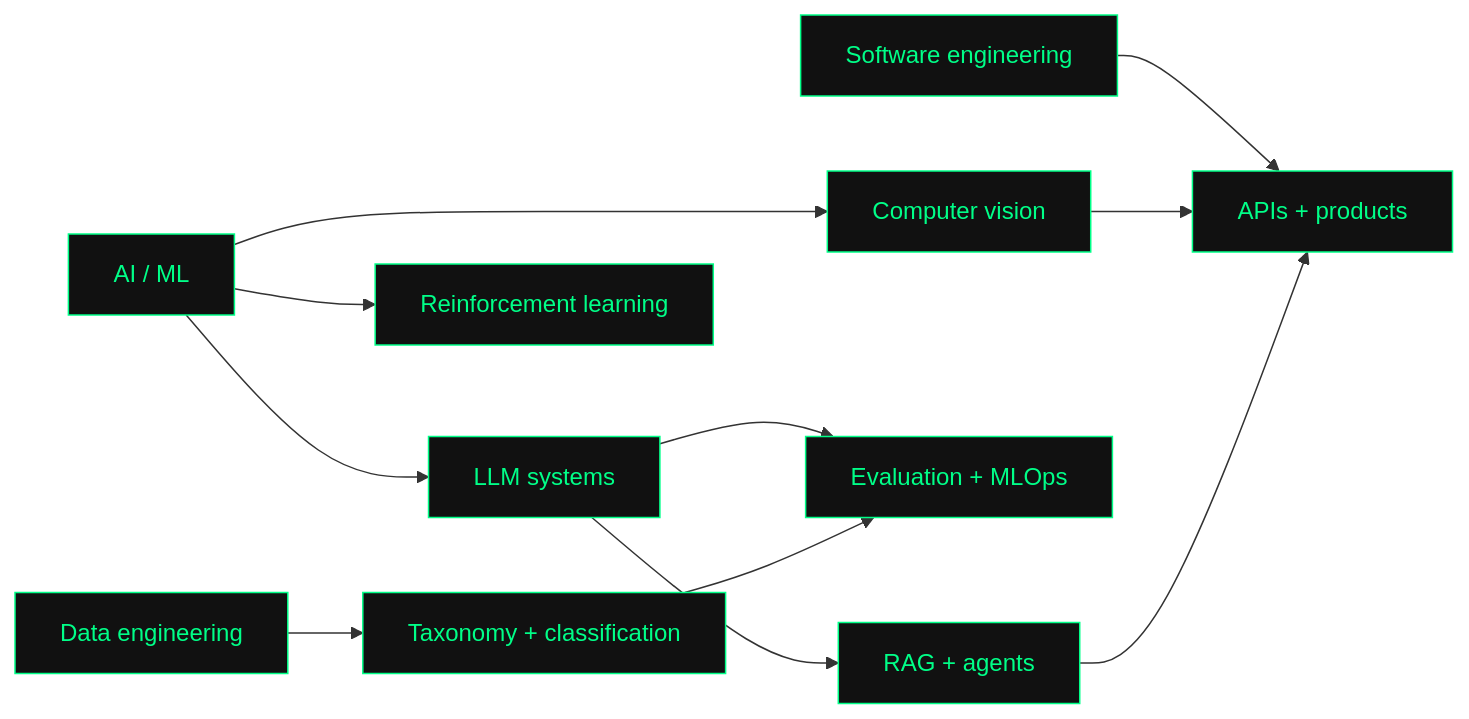
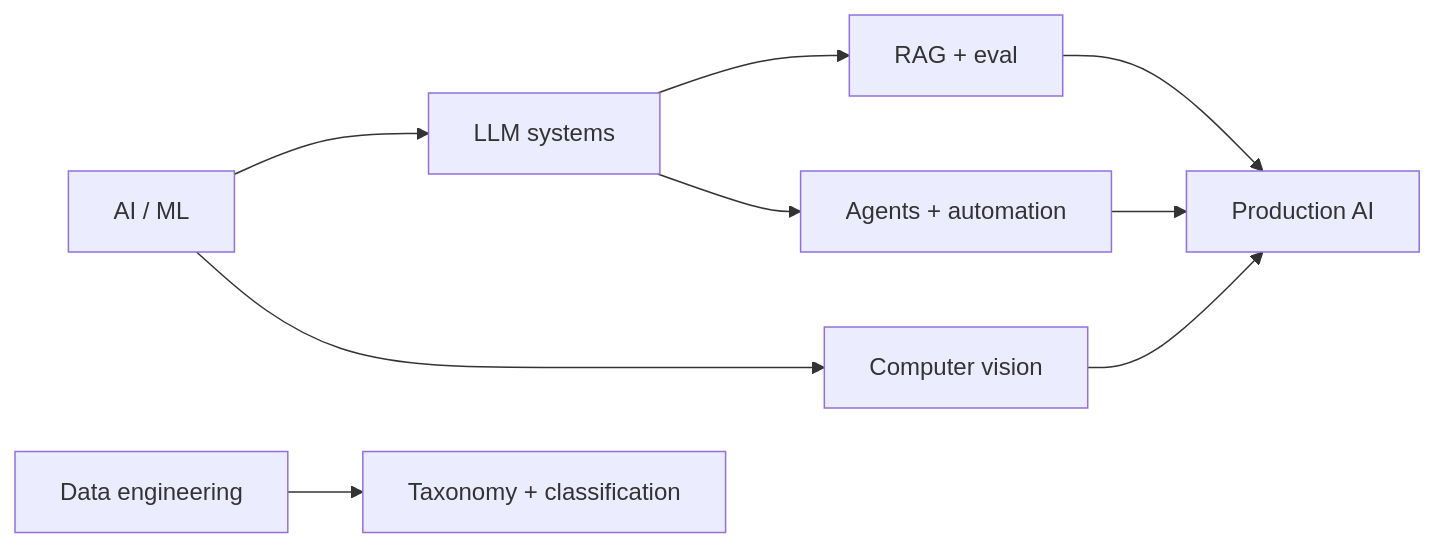
One commit to HarVad-1/HarVad-1 changed the diagram in README.md. Above: the diagram before and after it, drawn with Mermaid. The commit also changed other lines of this file, not shown here.

````diff
--- a/README.md
+++ b/README.md
@@ -40,24 +36,11 @@
 ```mermaid
 flowchart LR
     A[AI / ML] --> B[LLM systems]
     A --> C[Computer vision]
-    A --> D[Reinforcement learning]
-    B --> E[RAG + agents]
-    B --> F[Evaluation + MLOps]
-    G[Data engineering] --> H[Taxonomy + classification]
-    H --> F
-    I[Software engineering] --> J[APIs + products]
-    C --> J
-    E --> J
-
-    style A fill:#111111,stroke:#00ff88,color:#00ff88
-    style B fill:#111111,stroke:#00ff88,color:#00ff88
-    style C fill:#111111,stroke:#00ff88,color:#00ff88
-    style D fill:#111111,stroke:#00ff88,color:#00ff88
-    style E fill:#111111,stroke:#00ff88,color:#00ff88
-    style F fill:#111111,stroke:#00ff88,color:#00ff88
-    style G fill:#111111,stroke:#00ff88,color:#00ff88
-    style H fill:#111111,stroke:#00ff88,color:#00ff88
-    style I fill:#111111,stroke:#00ff88,color:#00ff88
-    style J fill:#111111,stroke:#00ff88,color:#00ff88
+    B --> D[RAG + eval]
+    B --> E[Agents + automation]
+    F[Data engineering] --> G[Taxonomy + classification]
+    D --> H[Production AI]
+    E --> H
+    C --> H
 ```
````
